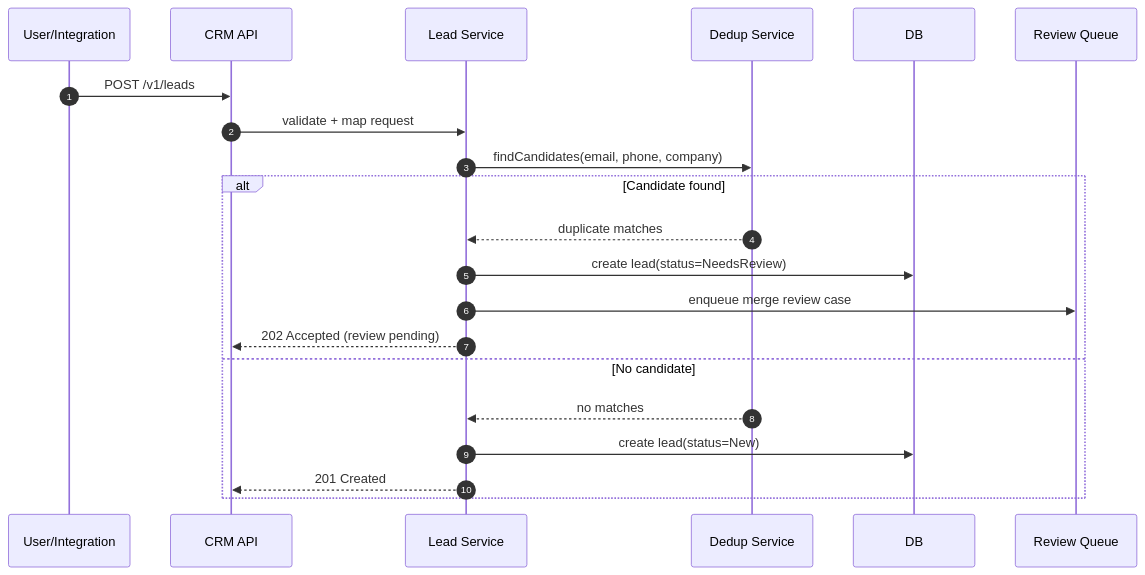
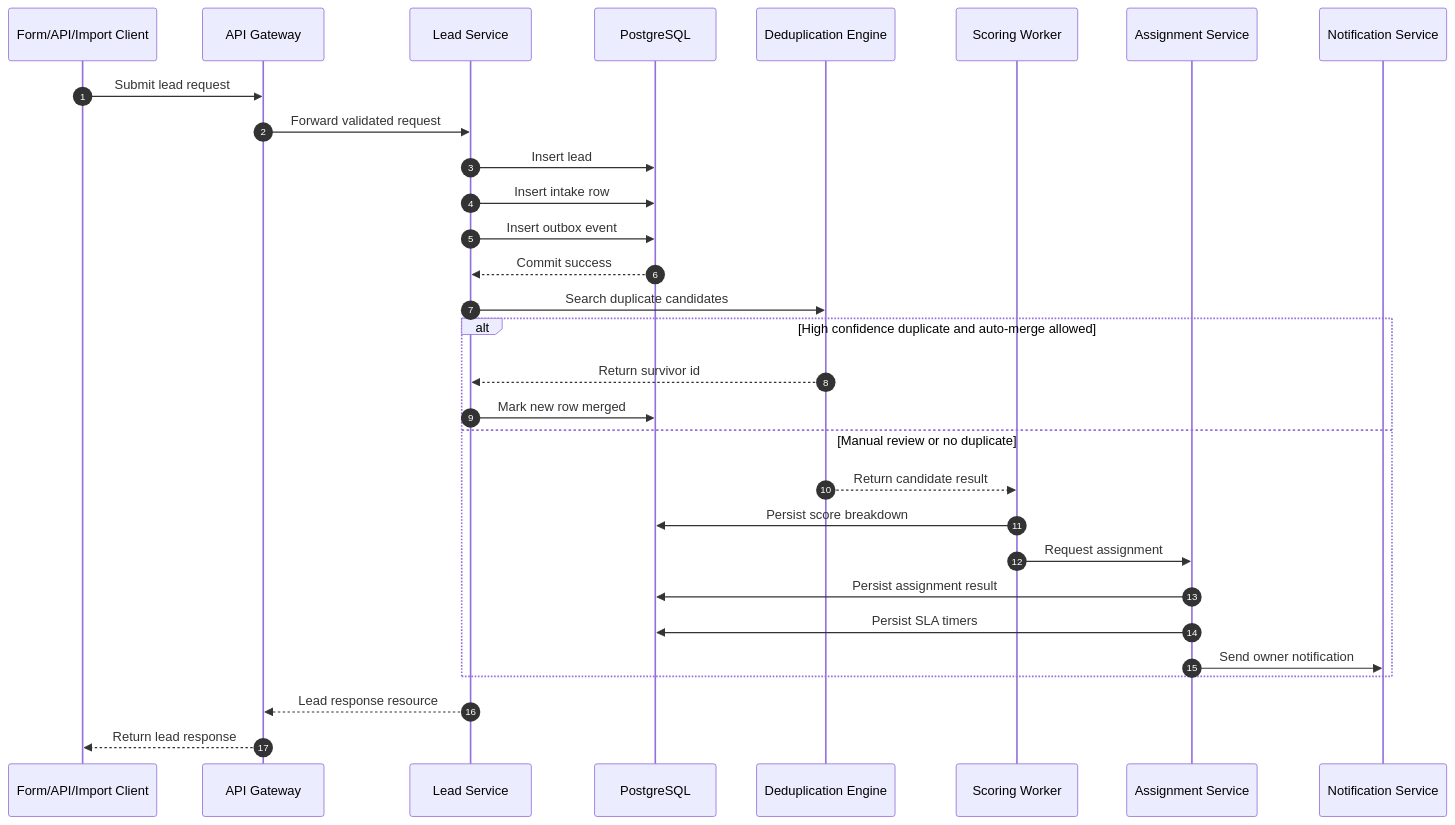
One commit to 0Ankit0/Project-Ideas changed the first of 6 diagrams in Customer Relationship Management Platform/detailed-design/sequence-diagrams.md. Above: the diagram before and after it, drawn with Mermaid. The commit also changed other lines of this file and 17 other files, not shown here.

````diff
--- a/Customer Relationship Management Platform/detailed-design/sequence-diagrams.md
+++ b/Customer Relationship Management Platform/detailed-design/sequence-diagrams.md
@@ -4,24 +11,33 @@
 ```mermaid
 sequenceDiagram
     autonumber
-    participant U as User/Integration
-    participant API as CRM API
-    participant Lead as Lead Service
-    participant Dup as Dedup Service
-    participant DB as DB
-    participant Q as Review Queue
+    participant Client as Form/API/Import Client
+    participant Gateway as API Gateway
+    participant LeadSvc as Lead Service
+    participant DB as PostgreSQL
+    participant Dedupe as Deduplication Engine
+    participant Score as Scoring Worker
+    participant Assign as Assignment Service
+    participant Notify as Notification Service
 
-    U->>API: POST /v1/leads
-    API->>Lead: validate + map request
-    Lead->>Dup: findCandidates(email, phone, company)
-    alt Candidate found
-      Dup-->>Lead: duplicate matches
-      Lead->>DB: create lead(status=NeedsReview)
-      Lead->>Q: enqueue merge review case
-      Lead-->>API: 202 Accepted (review pending)
-    else No candidate
-      Dup-->>Lead: no matches
-      Lead->>DB: create lead(status=New)
-      Lead-->>API: 201 Created
+    Client->>Gateway: Submit lead request
+    Gateway->>LeadSvc: Forward validated request
+    LeadSvc->>DB: Insert lead
+    LeadSvc->>DB: Insert intake row
+    LeadSvc->>DB: Insert outbox event
+    DB-->>LeadSvc: Commit success
+    LeadSvc->>Dedupe: Search duplicate candidates
+    alt High confidence duplicate and auto-merge allowed
+        Dedupe-->>LeadSvc: Return survivor id
+        LeadSvc->>DB: Mark new row merged
+    else Manual review or no duplicate
+        Dedupe-->>Score: Return candidate result
+        Score->>DB: Persist score breakdown
+        Score->>Assign: Request assignment
+        Assign->>DB: Persist assignment result
+        Assign->>DB: Persist SLA timers
+        Assign->>Notify: Send owner notification
     end
+    LeadSvc-->>Gateway: Lead response resource
+    Gateway-->>Client: Return lead response
 ```
````
